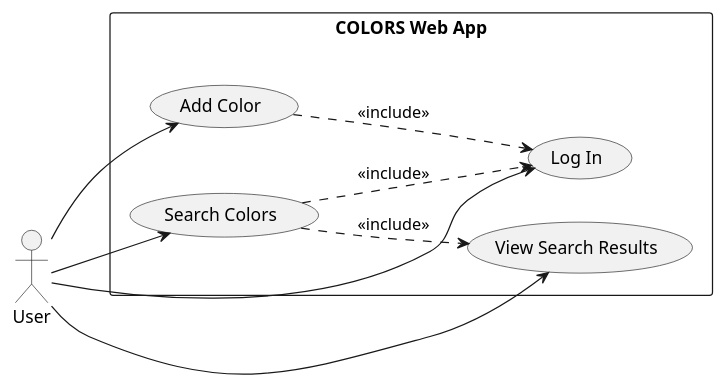
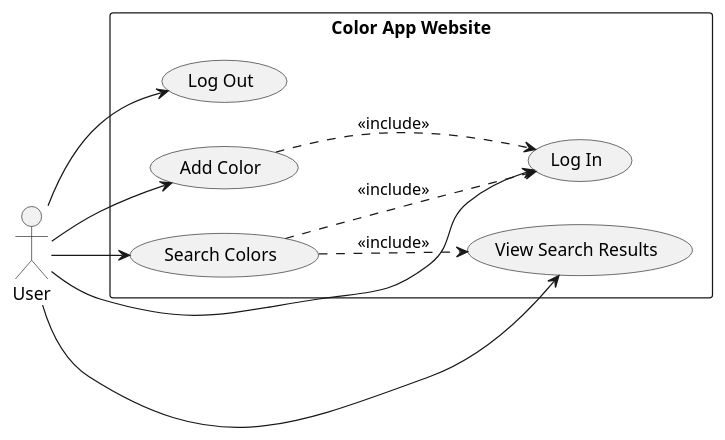
One commit to BubbleheadGX/colors-lab changed the diagram in docs/uml/usecase.puml. Above: the diagram before and after it, drawn with PlantUML. The commit also changed 1 other file, not shown here.

Commit message:
Update use case diagram

```diff
--- a/docs/uml/usecase.puml
+++ b/docs/uml/usecase.puml
@@ -1,22 +1,27 @@
 @startuml
 left to right direction
 
 actor User
 
-rectangle "COLORS Web App" {
+rectangle "Color App Website" {
+
   usecase "Log In" as UC1
-  usecase "Add Color" as UC2
-  usecase "Search Colors" as UC3
-  usecase "View Search Results" as UC4
+  usecase "Log Out" as UC2
+  usecase "Add Color" as UC3
+  usecase "Search Colors" as UC4
+  usecase "View Search Results" as UC5
 }
 
+' --- User interactions ---
 User --> UC1
 User --> UC2
 User --> UC3
 User --> UC4
+User --> UC5
 
-UC2 ..> UC1 : <<include>>
+' --- Includes (logic relationships) ---
 UC3 ..> UC1 : <<include>>
-UC3 ..> UC4 : <<include>>
+UC4 ..> UC1 : <<include>>
+UC4 ..> UC5 : <<include>>
 
 @enduml
```
